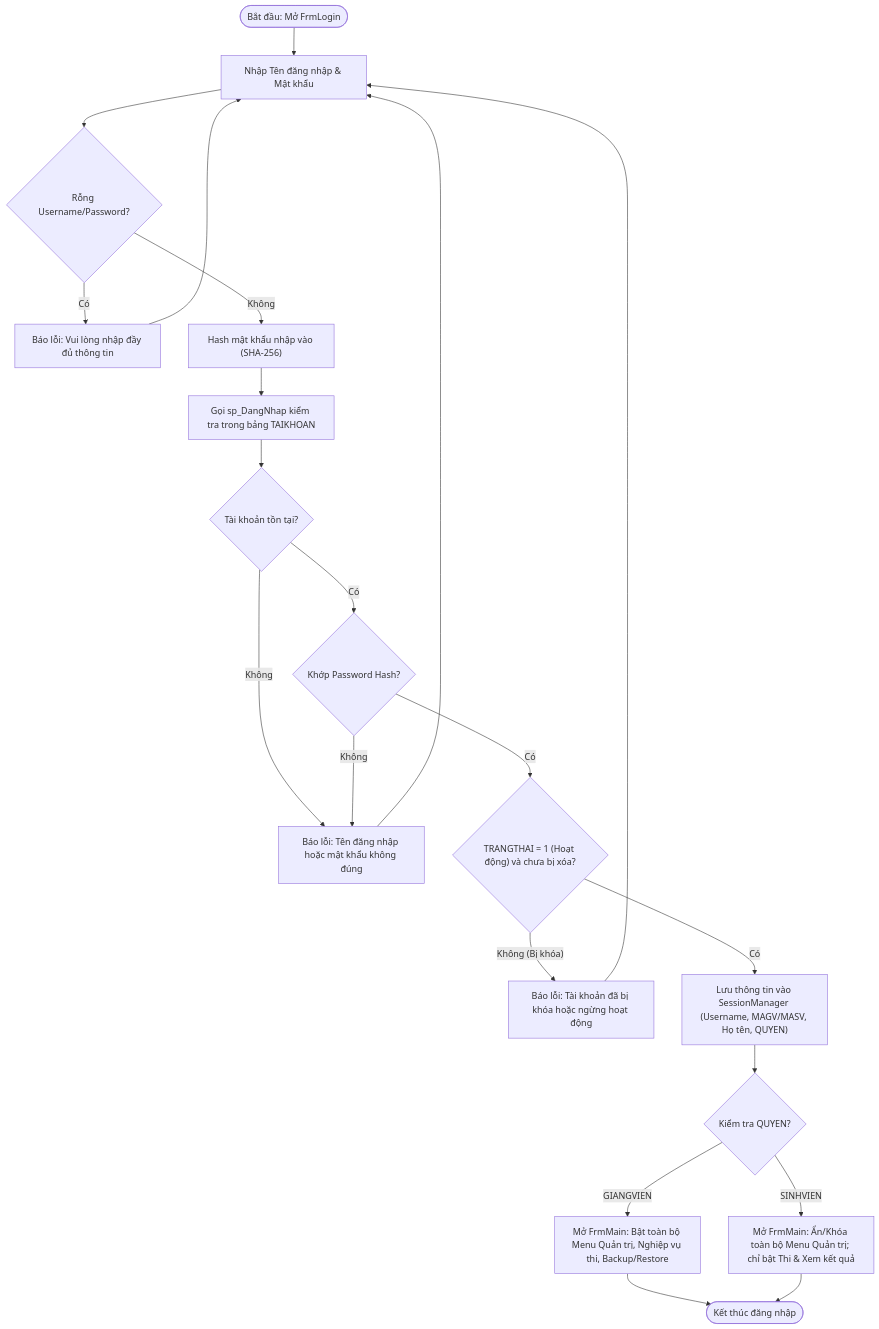
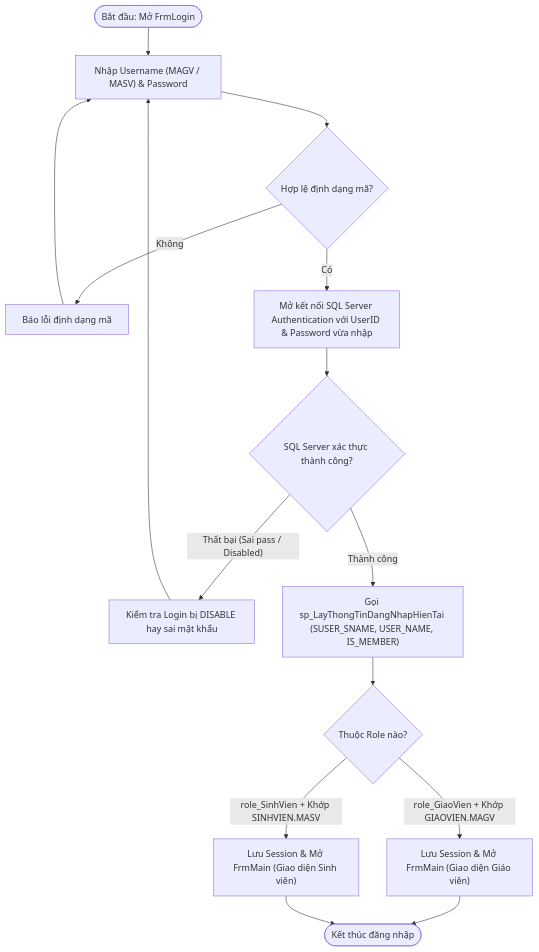
One commit to matt0-ohntam/THITRACNGHIEM changed the second of 2 diagrams in docs/01_PHAN_TICH_NGHIEP_VU.md. Above: the diagram before and after it, drawn with Mermaid. The commit also changed other lines of this file and 30 other files, not shown here.

Commit message:
Update: Migrate authentication to SQL Server Login/Role, add FrmBackupRestore & test docs

````diff
--- a/docs/01_PHAN_TICH_NGHIEP_VU.md
+++ b/docs/01_PHAN_TICH_NGHIEP_VU.md
@@ -97,20 +92,15 @@
 ```mermaid
 flowchart TD
-    Start(["Bắt đầu: Mở FrmLogin"]) --> Input["Nhập Tên đăng nhập & Mật khẩu"]
-    Input --> ValidateEmpty{"Rỗng Username/Password?"}
-    ValidateEmpty -- "Có" --> MsgEmpty["Báo lỗi: Vui lòng nhập đầy đủ thông tin"] --> Input
-    ValidateEmpty -- "Không" --> HashPwd["Hash mật khẩu nhập vào (SHA-256)"]
-    HashPwd --> CallSP["Gọi sp_DangNhap kiểm tra trong bảng TAIKHOAN"]
-    CallSP --> CheckExist{"Tài khoản tồn tại?"}
-    CheckExist -- "Không" --> MsgInvalid["Báo lỗi: Tên đăng nhập hoặc mật khẩu không đúng"] --> Input
-    CheckExist -- "Có" --> CheckPass{"Khớp Password Hash?"}
-    CheckPass -- "Không" --> MsgInvalid
-    CheckPass -- "Có" --> CheckActive{"TRANGTHAI = 1 (Hoạt động) và chưa bị xóa?"}
-    CheckActive -- "Không (Bị khóa)" --> MsgLocked["Báo lỗi: Tài khoản đã bị khóa hoặc ngừng hoạt động"] --> Input
-    CheckActive -- "Có" --> SaveSession["Lưu thông tin vào SessionManager (Username, MAGV/MASV, Họ tên, QUYEN)"]
-    SaveSession --> CheckRole{"Kiểm tra QUYEN?"}
-    CheckRole -- "GIANGVIEN" --> OpenGV["Mở FrmMain: Bật toàn bộ Menu Quản trị, Nghiệp vụ thi, Backup/Restore"]
-    CheckRole -- "SINHVIEN" --> OpenSV["Mở FrmMain: Ẩn/Khóa toàn bộ Menu Quản trị; chỉ bật Thi & Xem kết quả"]
+    Start(["Bắt đầu: Mở FrmLogin"]) --> Input["Nhập Username (MAGV / MASV) & Password"]
+    Input --> ValidateInput{"Hợp lệ định dạng mã?"}
+    ValidateInput -- "Không" --> MsgFmt["Báo lỗi định dạng mã"] --> Input
+    ValidateInput -- "Có" --> OpenSqlConn["Mở kết nối SQL Server Authentication với UserID & Password vừa nhập"]
+    OpenSqlConn --> AuthOk{"SQL Server xác thực thành công?"}
+    AuthOk -- "Thất bại (Sai pass / Disabled)" --> CheckDisabled["Kiểm tra Login bị DISABLE hay sai mật khẩu"] --> Input
+    AuthOk -- "Thành công" --> CallSP["Gọi sp_LayThongTinDangNhapHienTai (SUSER_SNAME, USER_NAME, IS_MEMBER)"]
+    CallSP --> CheckRole{"Thuộc Role nào?"}
+    CheckRole -- "role_GiaoVien + Khớp GIAOVIEN.MAGV" --> OpenGV["Lưu Session & Mở FrmMain (Giao diện Giáo viên)"]
+    CheckRole -- "role_SinhVien + Khớp SINHVIEN.MASV" --> OpenSV["Lưu Session & Mở FrmMain (Giao diện Sinh viên)"]
     OpenGV --> EndNode(["Kết thúc đăng nhập"])
     OpenSV --> EndNode
 ```
````
